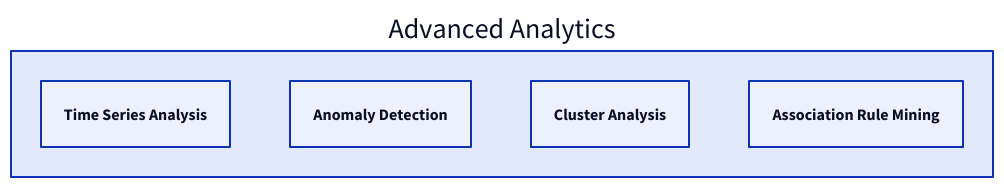
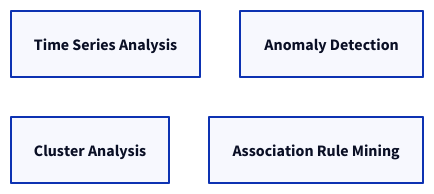
One commit to maycuatroi/blog changed the diagram in blogs/computer-vision-road-map/advanced_analytics.d2. Above: the diagram before and after it, drawn with D2. The commit also changed 21 other files, not shown here.

Commit message:
- update roadmap

```diff
--- a/blogs/computer-vision-road-map/advanced_analytics.d2
+++ b/blogs/computer-vision-road-map/advanced_analytics.d2
@@ -1,16 +1,15 @@
+label: "Advanced Analytics"
+time_series_analysis: {
+  label: "Time Series Analysis"
+}
+anomaly_detection: {
+  label: "Anomaly Detection"
+}
+cluster_analysis: {
+  label: "Cluster Analysis"
+}
+association_rule_mining: {
+  label: "Association Rule Mining"
+}
 
-advanced_analytics: {
-    label: "Advanced Analytics"
-    time_series_analysis: {
-      label: "Time Series Analysis"
-    }
-    anomaly_detection: {
-      label: "Anomaly Detection"
-    }
-    cluster_analysis: {
-      label: "Cluster Analysis"
-    }
-    association_rule_mining: {
-      label: "Association Rule Mining"
-    }
-  }
+grid-rows: 2
```
